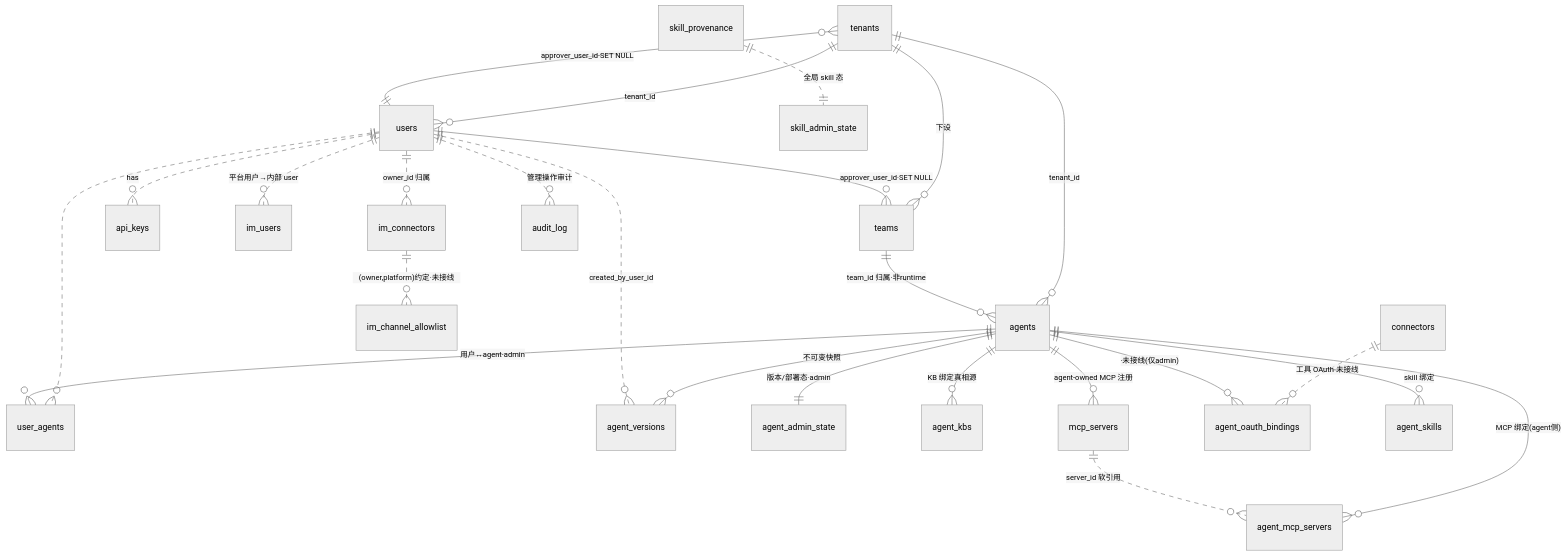
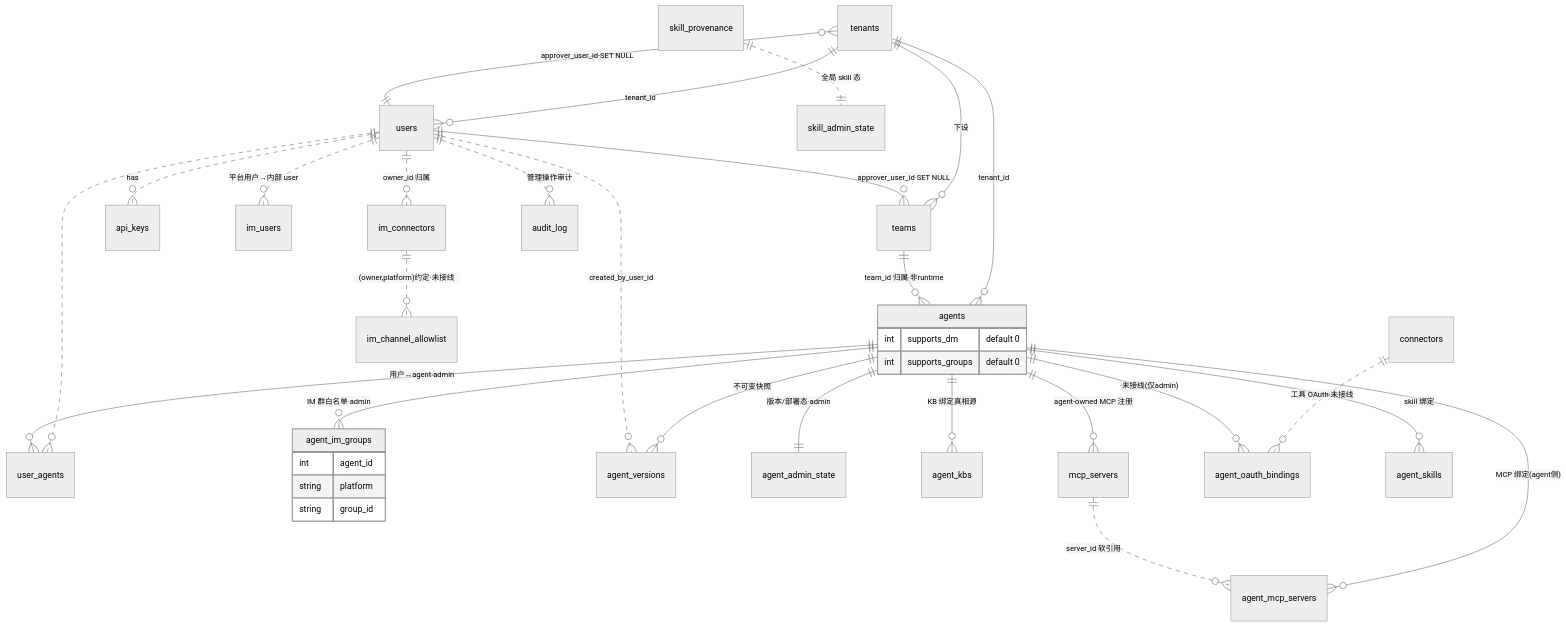
Before and after one commit to Summy2104/fleetent: the second of 4 diagrams in docs/architecture/data-model.md, drawn with Mermaid (neutral theme). The commit also changed other lines of this file and 7 other files, not shown here.

Commit message:
feat(platform): add agent im access scaffolding

````diff
--- a/docs/architecture/data-model.md
+++ b/docs/architecture/data-model.md
@@ -129,27 +129,37 @@
 ```mermaid
 erDiagram
   tenants ||--o{ teams : "下设"
   tenants ||--o{ users : "tenant_id"
   tenants ||--o{ agents : "tenant_id"
   teams ||--o{ agents : "team_id 归属·非runtime"
   users ||..o{ api_keys : "has"
   users ||..o{ user_agents : ""
   agents ||--o{ user_agents : "用户↔agent·admin"
+  agents ||--o{ agent_im_groups : "IM 群白名单·admin"
   users ||..o{ im_users : "平台用户→内部 user"
   users ||..o{ im_connectors : "owner_id 归属"
   users ||--o{ tenants : "approver_user_id·SET NULL"
   users ||--o{ teams : "approver_user_id·SET NULL"
   im_connectors ||..o{ im_channel_allowlist : "(owner,platform)约定·未接线"
   agents ||--o{ agent_versions : "不可变快照"
   users ||..o{ agent_versions : "created_by_user_id"
   agents ||--|| agent_admin_state : "版本/部署态·admin"
   agents ||--o{ agent_kbs : "KB 绑定真相源"
   agents ||--o{ mcp_servers : "agent-owned MCP 注册"
   agents ||--o{ agent_mcp_servers : "MCP 绑定(agent侧)"
   mcp_servers ||..o{ agent_mcp_servers : "server_id 软引用"
   connectors ||..o{ agent_oauth_bindings : "工具 OAuth·未接线"
   agents ||--o{ agent_oauth_bindings : "·未接线(仅admin)"
   agents ||--o{ agent_skills : "skill 绑定"
   users ||..o{ audit_log : "管理操作审计"
   skill_provenance ||..|| skill_admin_state : "全局 skill 态"
+  agents {
+    int supports_dm "default 0"
+    int supports_groups "default 0"
+  }
+  agent_im_groups {
+    int agent_id
+    string platform
+    string group_id
+  }
 ```
````
